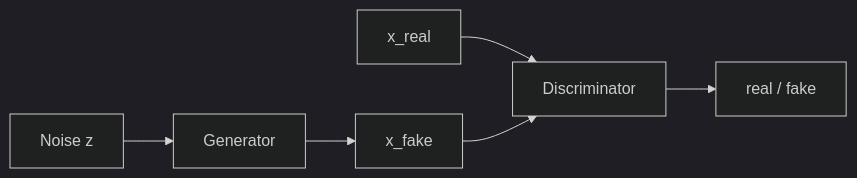
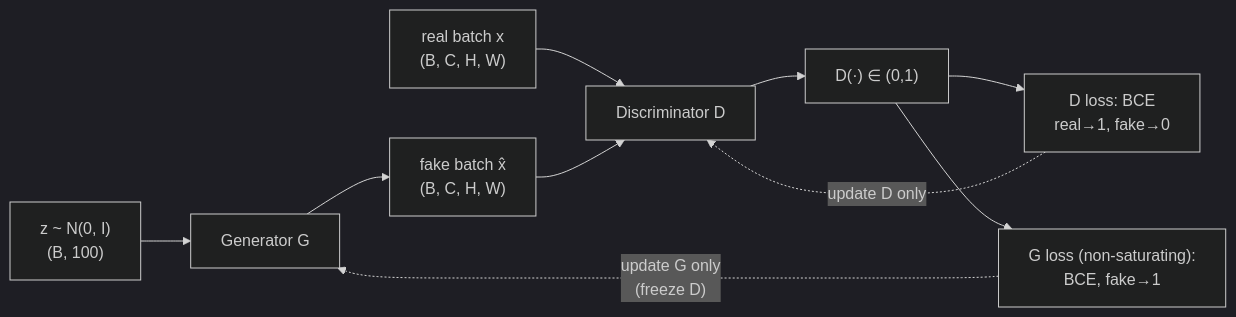
One commit to ABHIRAM3007/itp changed the first of 3 diagrams in roadmap/phase-2-deep-learning/12-gan.md. Above: the diagram before and after it, drawn with Mermaid (dark theme). The commit also changed other lines of this file and 19 other files, not shown here.

````diff
--- a/roadmap/phase-2-deep-learning/12-gan.md
+++ b/roadmap/phase-2-deep-learning/12-gan.md
@@ -63,7 +141,12 @@
 ```mermaid
 flowchart LR
-    Z["Noise z"] --> G["Generator"] --> Xf["x_fake"]
-    Xr["x_real"] --> D
-    Xf --> D["Discriminator"]
-    D --> R["real / fake"]
+    Z["z ~ N(0, I)\n(B, 100)"] --> G["Generator G"]
+    G --> XF["fake batch x̂\n(B, C, H, W)"]
+    XR["real batch x\n(B, C, H, W)"] --> D["Discriminator D"]
+    XF --> D
+    D --> P["D(·) ∈ (0,1)"]
+    P --> LD["D loss: BCE\nreal→1, fake→0"]
+    P --> LG["G loss (non-saturating):\nBCE, fake→1"]
+    LD -. "update D only" .-> D
+    LG -. "update G only\n(freeze D)" .-> G
 ```
````
